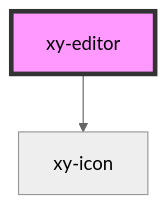
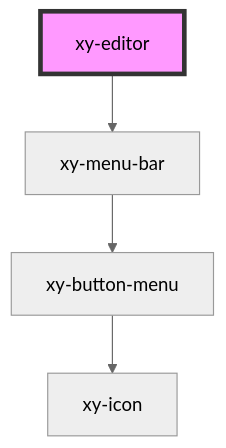
The diagram in src/components/xy-editor/readme.md (HAOUEHF/xy-editor), drawn with Mermaid (neutral theme) before and after one commit. The commit also changed other lines of this file and 13 other files, not shown here.

````diff
--- a/src/components/xy-editor/readme.md
+++ b/src/components/xy-editor/readme.md
@@ -28,5 +28,7 @@
 ```mermaid
 graph TD;
-  xy-editor --> xy-icon
+  xy-editor --> xy-menu-bar
+  xy-menu-bar --> xy-button-menu
+  xy-button-menu --> xy-icon
   style xy-editor fill:#f9f,stroke:#333,stroke-width:4px
 ```
````
